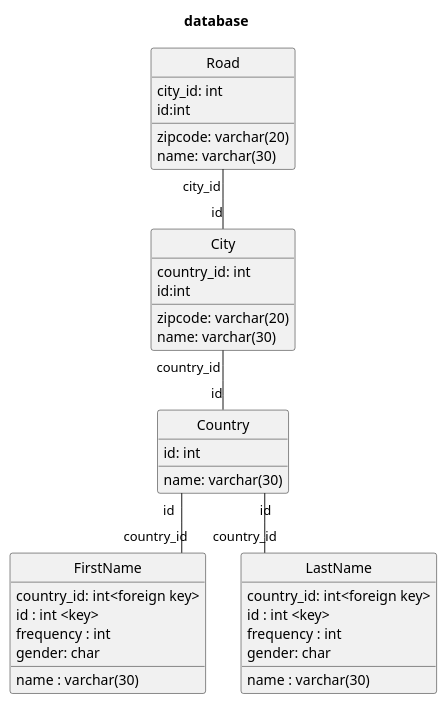
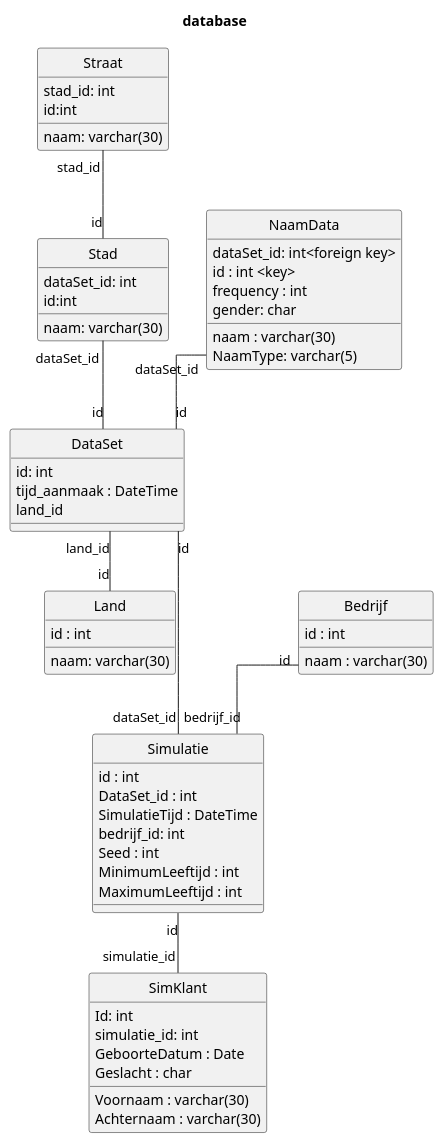
The diagram in Ontwerp/Databank.plantuml (mrSerious195/EindOpdrachtPG1), drawn with PlantUML before and after one commit. The commit also changed 2 other files, not shown here.

```diff
--- a/Ontwerp/Databank.plantuml
+++ b/Ontwerp/Databank.plantuml
@@ -1,52 +1,82 @@
 @startuml databank
 title database
 ' configuration
 hide circle
 skinparam linetype ortho
 
-class FirstName{
-country_id: int<foreign key>
-name : varchar(30)
+
+
+class NaamData{
+dataSet_id: int<foreign key>
 id : int <key>
+naam : varchar(30)
 frequency : int
 gender: char
+NaamType: varchar(5)
 }
 
-class LastName{
-country_id: int<foreign key>
-id : int <key>
-name : varchar(30)
-frequency : int
-gender: char
+class DataSet{
+    id: int
+    tijd_aanmaak : DateTime
+    land_id
 }
 
-class Country{
-    id: int
-    name: varchar(30)
+class Land{
+    id : int
+    naam: varchar(30)
+}
+DataSet "land_id"--"id" Land
+
+class Stad{
+    dataSet_id: int
+    id:int
+    naam: varchar(30)
 }
 
-class City{
-    country_id: int
+class Straat{
+    stad_id: int
     id:int
-    zipcode: varchar(20)
-    name: varchar(30)
+    naam: varchar(30)
 }
 
-class Road{
-    city_id: int
-    id:int
-    zipcode: varchar(20)
-    name: varchar(30)
+DataSet "id"-U-"dataSet_id" Stad
+DataSet "id"-U-"dataSet_id" NaamData
+class anchor{}
+hide anchor
+DataSet -- anchor
+NaamData -- anchor
+anchor -l- Stad
+Straat "stad_id" -- "id" Stad
+
+class Simulatie{
+    id : int
+    DataSet_id : int
+    SimulatieTijd : DateTime 
+    bedrijf_id: int
+    Seed : int
+    MinimumLeeftijd : int
+    MaximumLeeftijd : int
 }
 
-Country "id"-U-"country_id" City
+DataSet "id"---"dataSet_id" Simulatie
 
-Country "id"--"country_id" FirstName
-Country "id"--"country_id" LastName
+class SimKlant{
+Id: int
+simulatie_id: int
+ Voornaam : varchar(30)
+ Achternaam : varchar(30)
+ GeboorteDatum : Date
+ Geslacht : char
 
-Road "city_id" -- "id" City
+}
 
+Simulatie "id" -- "simulatie_id" SimKlant
 
+class Bedrijf{
+    id : int
+    naam : varchar(30)
+}
 
+Bedrijf "id" -- "bedrijf_id" Simulatie
 
 @enduml
```
